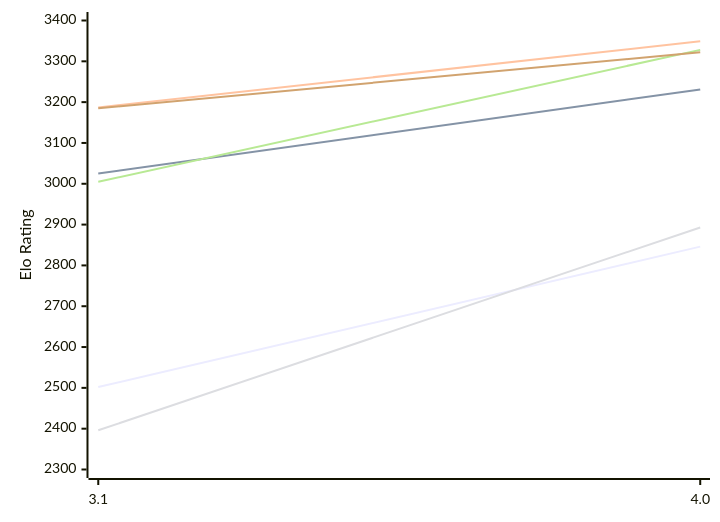
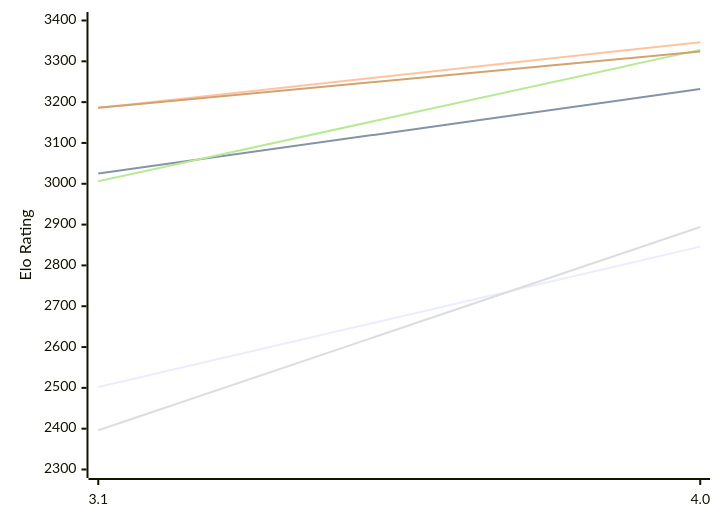
The first of 2 diagrams in engines/Sykora.md (computer-chess-index/cci), drawn with Mermaid before and after one commit. The commit also changed other lines of this file, not shown here.

Commit message:
Update CCI Ratings (ELO VLTC) - 2026-11-27

````diff
--- a/engines/Sykora.md
+++ b/engines/Sykora.md
@@ -54,12 +54,12 @@
 ```mermaid
 %%{init: {"theme":"base","themeVariables":{"seriesColors:['#a3a3a3','#222221','#faa371']}}}%%
 xychart-beta
   x-axis ["3.1", "4.0"]
   y-axis "Elo Rating" 2300 --> 3400
   line "E1: STC (8.0+0.08s)" [2502, 2846]
-  line "E1: LTC (60.0+0.60s)" [3025, 3231]
-  line "E1: VLTC (2m24s+1.12s)" [3187, 3349]
-  line "P1: STC (8.0+0.08s)" [2396, 2893]
-  line "P1: LTC (60.0+0.60s)" [3005, 3328]
-  line "P1: VLTC (2m24s+1.12s)" [3185, 3322]
+  line "E1: LTC (60.0+0.60s)" [3025, 3232]
+  line "E1: VLTC (2m24s+1.12s)" [3186, 3347]
+  line "P1: STC (8.0+0.08s)" [2396, 2894]
+  line "P1: LTC (60.0+0.60s)" [3006, 3328]
+  line "P1: VLTC (2m24s+1.12s)" [3186, 3324]
 ```
````
